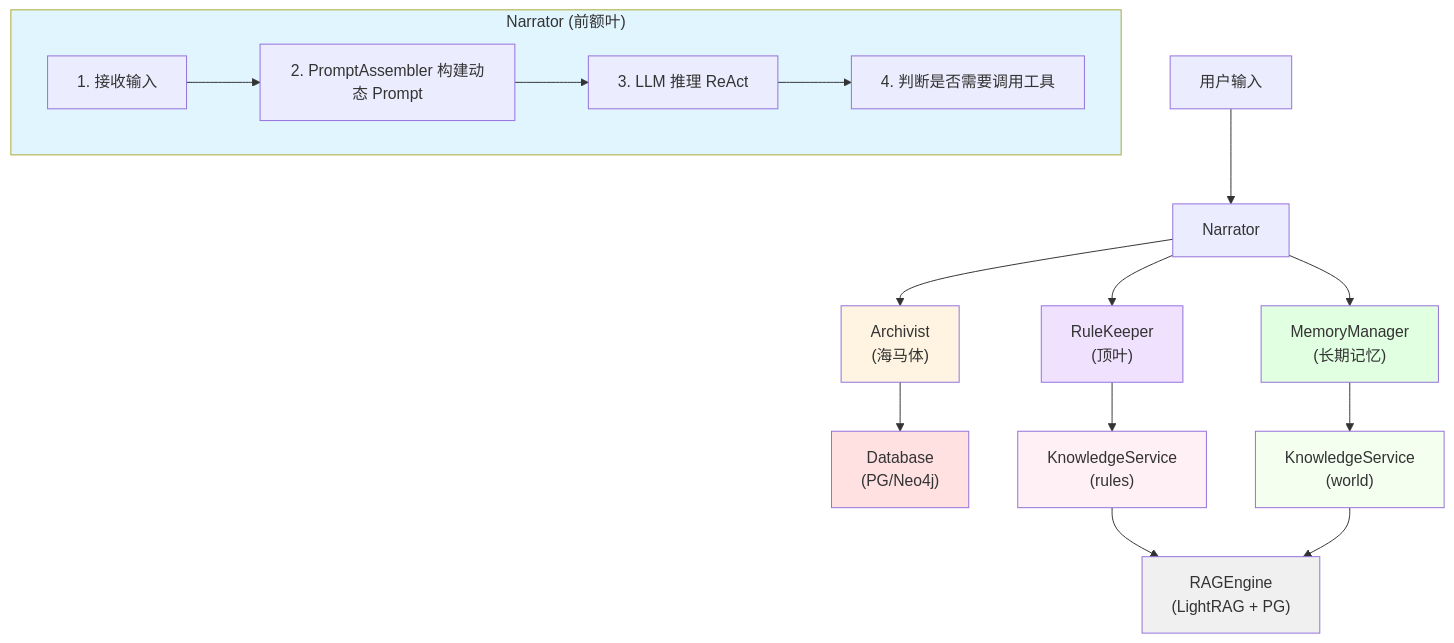
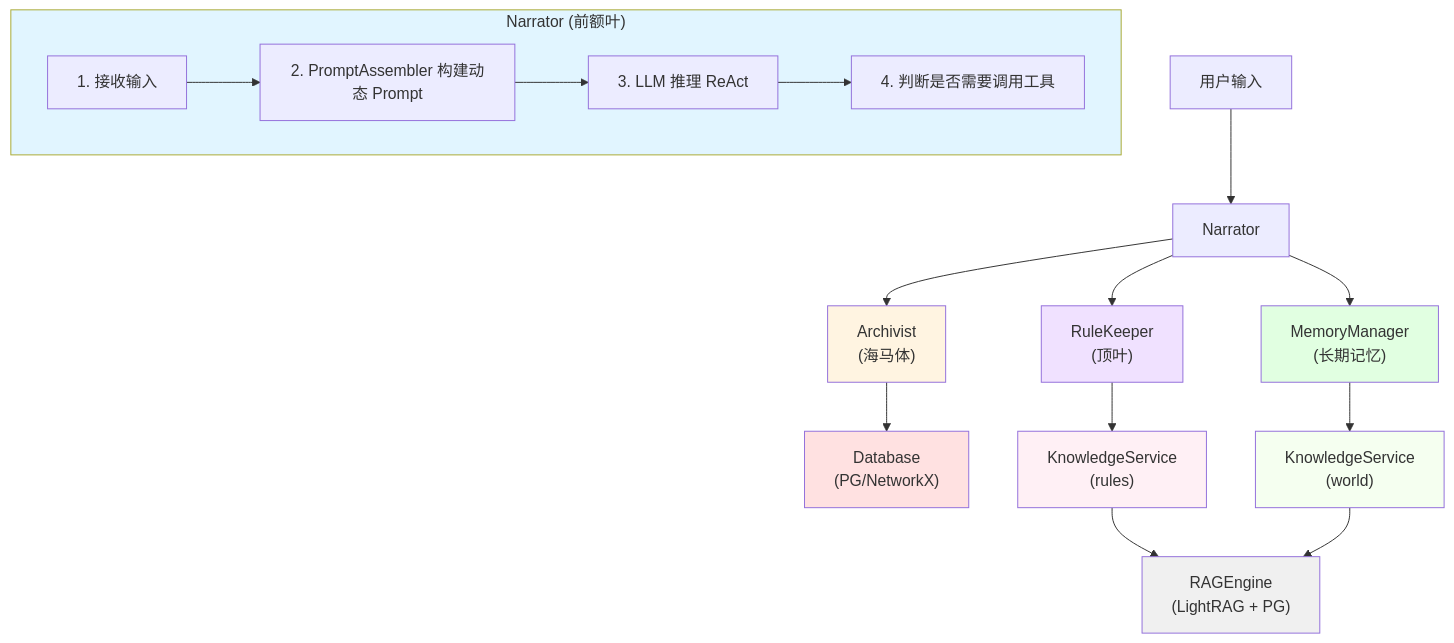
Before and after one commit to pineoncellar/glyphkeeper: the second of 2 diagrams in src/agents/README.md, drawn with Mermaid.

Commit message:
feat: 更新agent模块readme

````diff
--- a/src/agents/README.md
+++ b/src/agents/README.md
@@ -224,33 +224,33 @@
 ```mermaid
 graph TD
     User[用户输入] --> Narrator
     
     subgraph NarratorBox["Narrator (前额叶)"]
         Step1[1. 接收输入]
         Step2[2. PromptAssembler 构建动态 Prompt]
         Step3[3. LLM 推理 ReAct]
         Step4[4. 判断是否需要调用工具]
         Step1 --> Step2 --> Step3 --> Step4
     end
     
     Narrator --> Archivist["Archivist<br/>(海马体)"]
     Narrator --> RuleKeeper["RuleKeeper<br/>(顶叶)"]
     Narrator --> MemoryManager["MemoryManager<br/>(长期记忆)"]
     
-    Archivist --> Database["Database<br/>(PG/Neo4j)"]
+    Archivist --> Database["Database<br/>(PG/NetworkX)"]
     
     RuleKeeper --> KSRules["KnowledgeService<br/>(rules)"]
     MemoryManager --> KSWorld["KnowledgeService<br/>(world)"]
     
     KSRules --> RAG["RAGEngine<br/>(LightRAG + PG)"]
     KSWorld --> RAG
     
     style NarratorBox fill:#e1f5ff
     style Archivist fill:#fff4e1
     style RuleKeeper fill:#f0e1ff
     style MemoryManager fill:#e1ffe1
     style Database fill:#ffe1e1
     style KSRules fill:#fff0f5
     style KSWorld fill:#f5fff0
     style RAG fill:#f0f0f0
 ```
````
